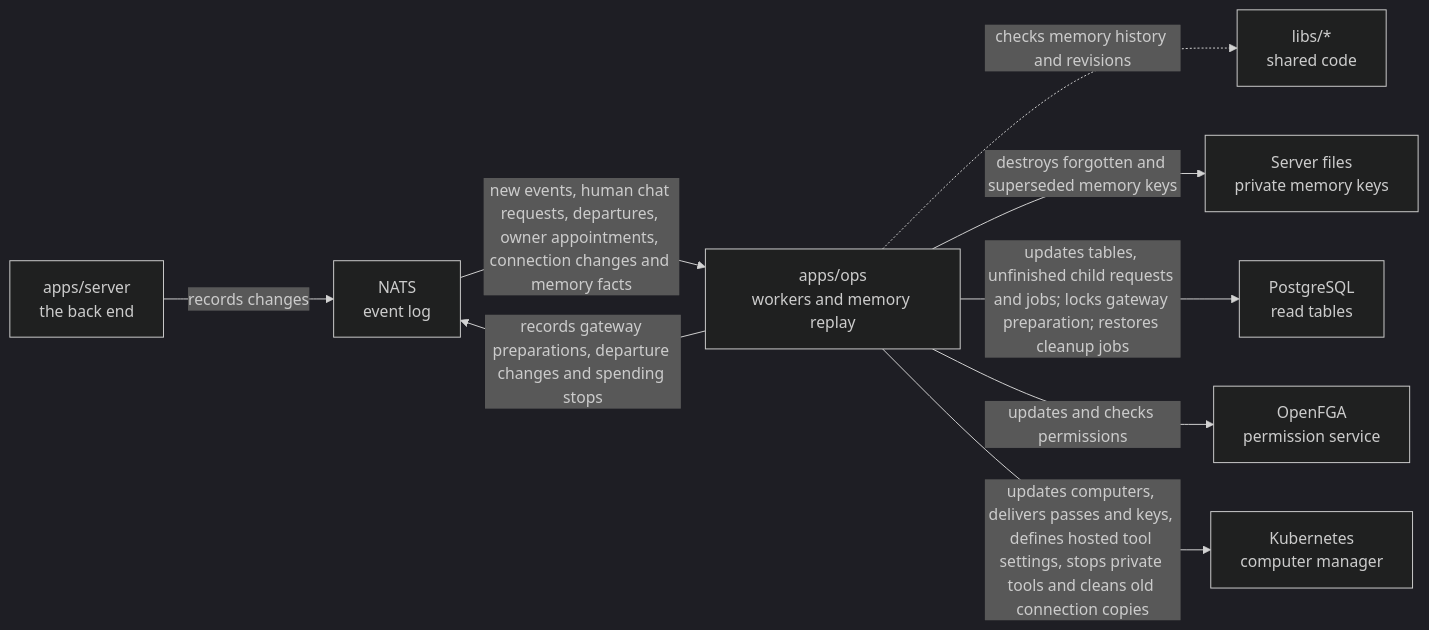
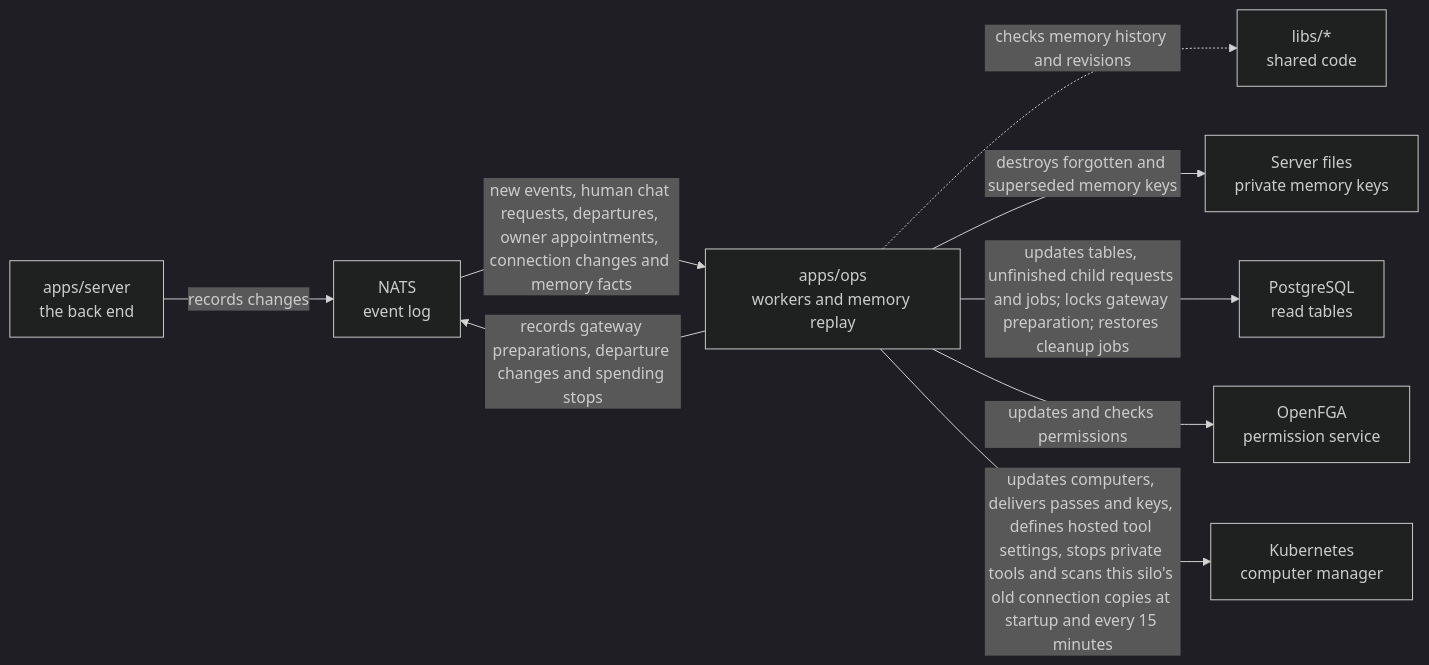
The diagram in apps/ops/README.md (elewa-git/opencrane-new), drawn with Mermaid (dark theme) before and after one commit. The commit also changed other lines of this file and 13 other files, not shown here.

First line of the commit message:
🧹 Abandoned private token copies are found and removed at startup and every 15 minutes, and never another silo’s (#523)

````diff
--- a/apps/ops/README.md
+++ b/apps/ops/README.md
@@ -11,11 +11,11 @@
 ```mermaid
 flowchart LR
   server["apps/server<br/>the back end"] -->|records changes| nats["NATS<br/>event log"]
   nats -->|new events, human chat requests, departures, owner appointments, connection changes and memory facts| ops["apps/ops<br/>workers and memory replay"]
   ops -->|records gateway preparations, departure changes and spending stops| nats
   ops -.->|checks memory history and revisions| libs["libs/*<br/>shared code"]
   ops -->|destroys forgotten and superseded memory keys| keys["Server files<br/>private memory keys"]
   ops -->|updates tables, unfinished child requests and jobs; locks gateway preparation; restores cleanup jobs| postgres["PostgreSQL<br/>read tables"]
   ops -->|updates and checks permissions| fga["OpenFGA<br/>permission service"]
-  ops -->|updates computers, delivers passes and keys, defines hosted tool settings, stops private tools and cleans old connection copies| kube["Kubernetes<br/>computer manager"]
+  ops -->|updates computers, delivers passes and keys, defines hosted tool settings, stops private tools and scans this silo's old connection copies at startup and every 15 minutes| kube["Kubernetes<br/>computer manager"]
 ```
````
